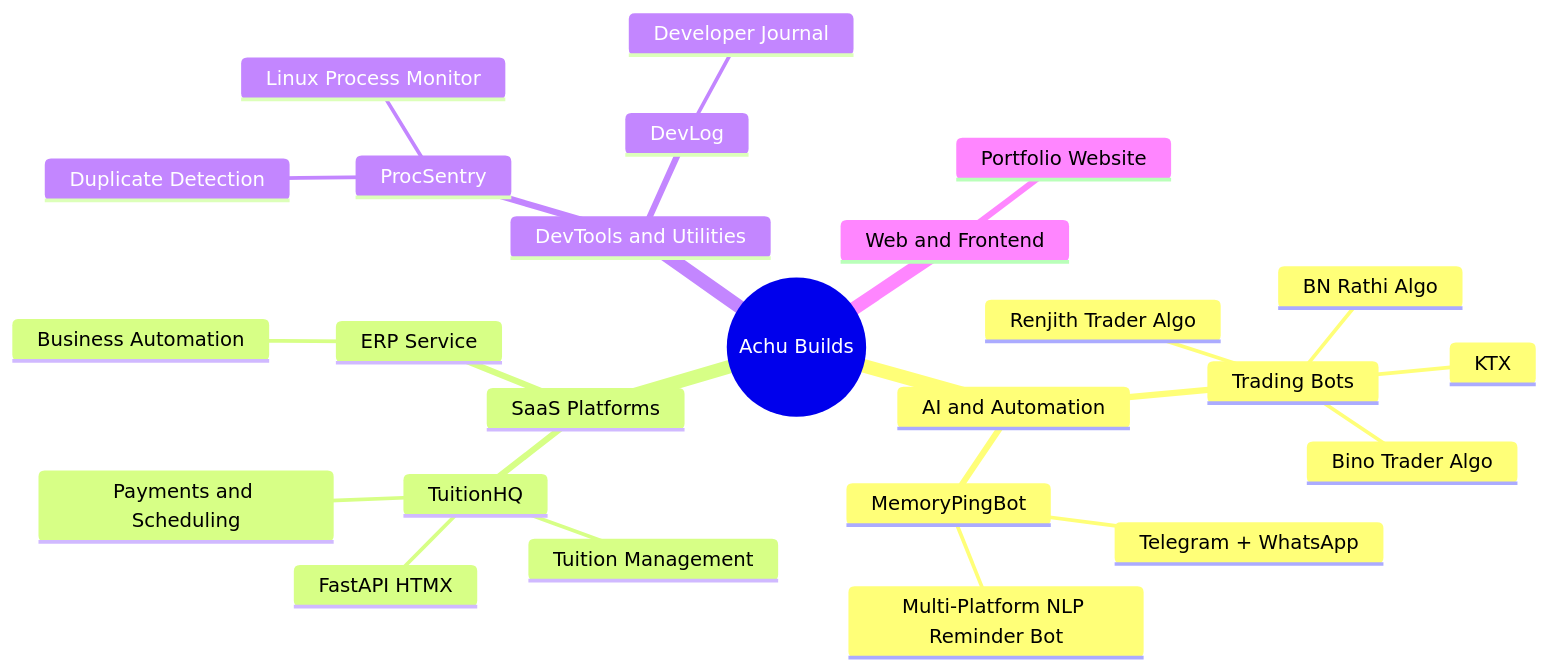
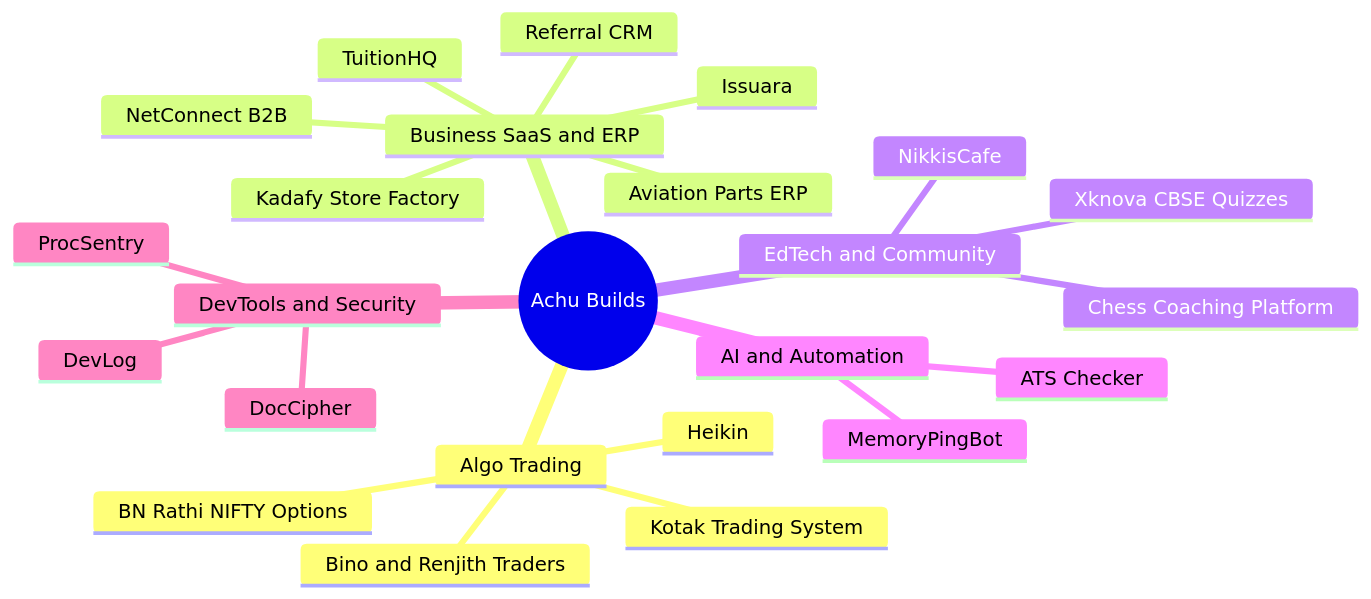
One commit to achuvijayakumar/achuvijayakumar changed the first of 2 diagrams in README.md. Above: the diagram before and after it, drawn with Mermaid. The commit also changed other lines of this file, not shown here.

````diff
--- a/README.md
+++ b/README.md
@@ -82,28 +92,27 @@
 ```mermaid
 mindmap
   root((Achu Builds))
+    Algo Trading
+      Kotak Trading System
+      BN Rathi NIFTY Options
+      Bino and Renjith Traders
+      Heikin
+    Business SaaS and ERP
+      Issuara
+      Aviation Parts ERP
+      Referral CRM
+      NetConnect B2B
+      Kadafy Store Factory
+      TuitionHQ
+    EdTech and Community
+      Xknova CBSE Quizzes
+      Chess Coaching Platform
+      NikkisCafe
     AI and Automation
       MemoryPingBot
-        Multi-Platform NLP Reminder Bot
-        Telegram + WhatsApp
-      Trading Bots
-        KTX
-        Bino Trader Algo
-        BN Rathi Algo
-        Renjith Trader Algo
-    SaaS Platforms
-      TuitionHQ
-        Tuition Management
-        FastAPI HTMX
-        Payments and Scheduling
-      ERP Service
-        Business Automation
-    DevTools and Utilities
+      ATS Checker
+    DevTools and Security
       ProcSentry
-        Linux Process Monitor
-        Duplicate Detection
       DevLog
-        Developer Journal
-    Web and Frontend
-      Portfolio Website
+      DocCipher
 ```
````
